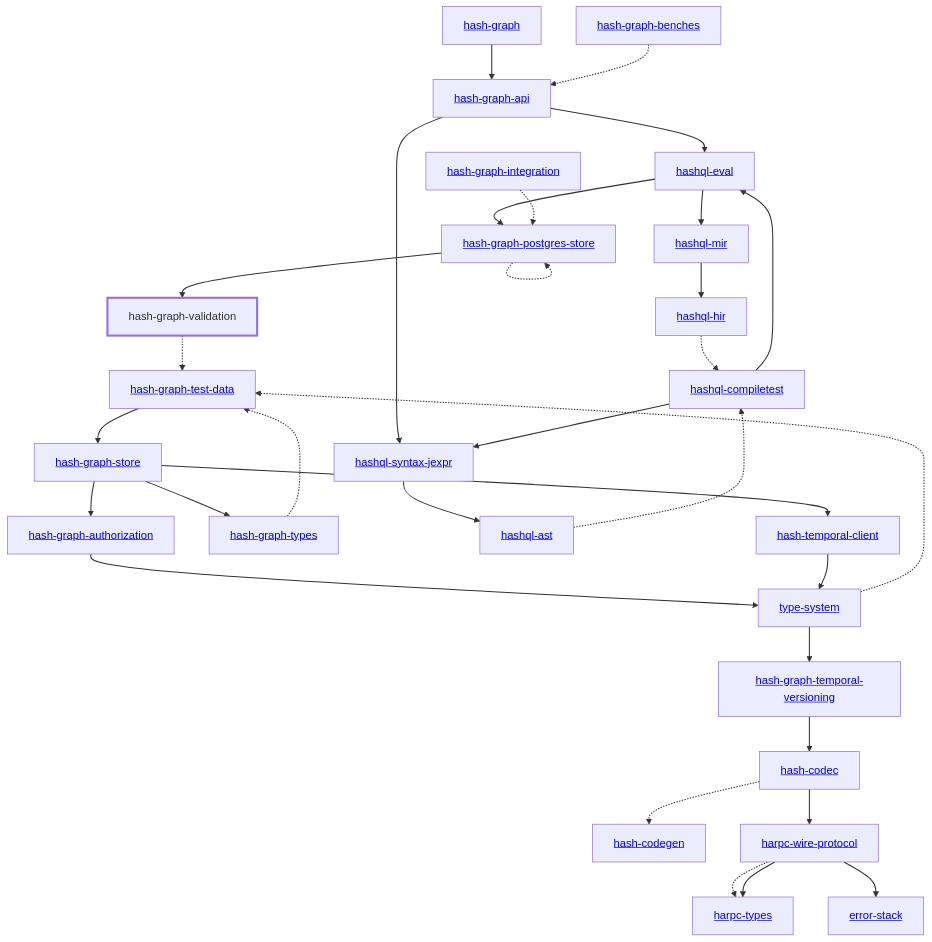
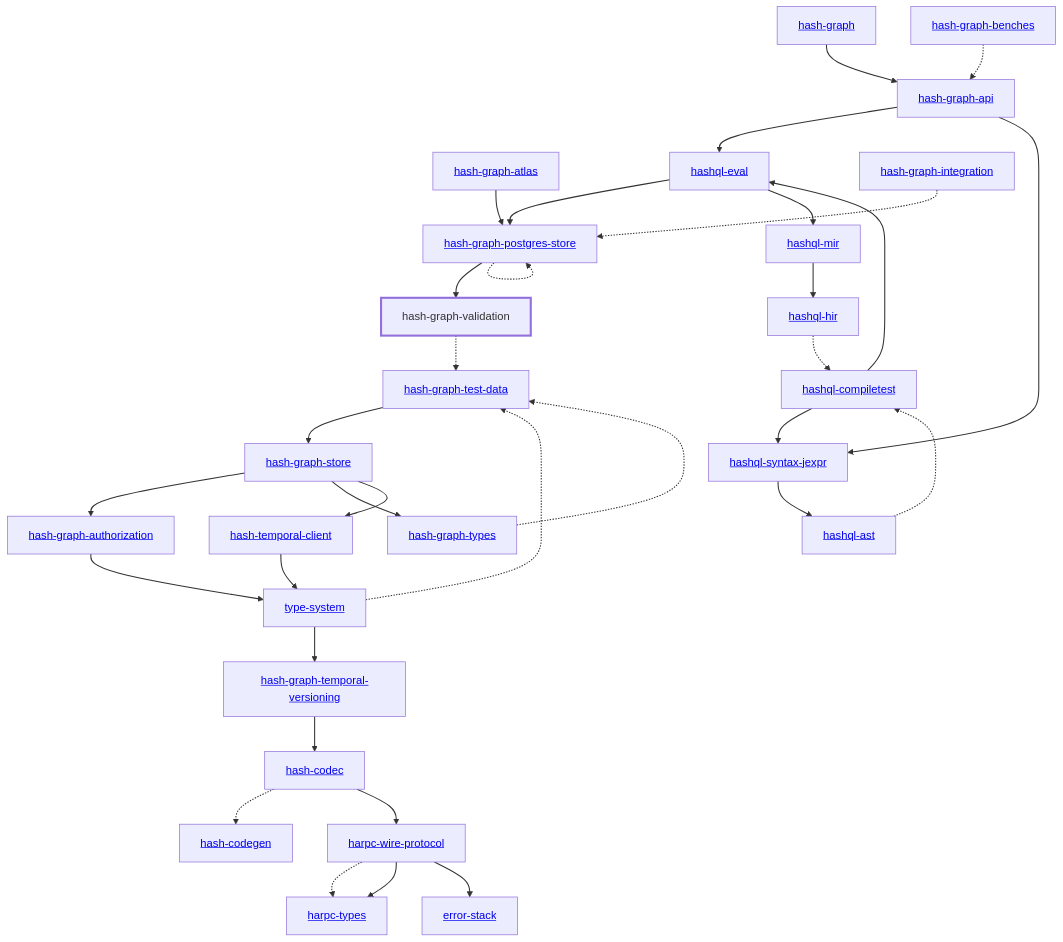
One commit to hashintel/hash changed the diagram in libs/@local/graph/validation/docs/dependency-diagram.mmd. Above: the diagram before and after it, drawn with Mermaid. The commit also changed 640 other files, not shown here.

Commit message:
feat: the hash-graph-atlas crate

```diff
--- a/libs/@local/graph/validation/docs/dependency-diagram.mmd
+++ b/libs/@local/graph/validation/docs/dependency-diagram.mmd
@@ -1,66 +1,68 @@
 graph TD
     linkStyle default stroke-width:1.5px
     classDef default stroke-width:1px
     classDef root stroke-width:3px
     classDef dev stroke-width:1px
     classDef build stroke-width:1px
     %% Legend
     %% --> : Normal dependency
     %% -.-> : Dev dependency
     %% ---> : Build dependency
     0[<a href="../hash_graph/index.html">hash-graph</a>]
     1[<a href="../type_system/index.html">type-system</a>]
     2[<a href="../hash_codec/index.html">hash-codec</a>]
     3[<a href="../hash_codegen/index.html">hash-codegen</a>]
     4[<a href="../hash_graph_api/index.html">hash-graph-api</a>]
-    5[<a href="../hash_graph_authorization/index.html">hash-graph-authorization</a>]
-    6[<a href="../hash_graph_postgres_store/index.html">hash-graph-postgres-store</a>]
-    7[<a href="../hash_graph_store/index.html">hash-graph-store</a>]
-    8[<a href="../hash_graph_temporal_versioning/index.html">hash-graph-temporal-versioning</a>]
-    9[<a href="../hash_graph_types/index.html">hash-graph-types</a>]
-    10[hash-graph-validation]
-    class 10 root
-    11[<a href="../harpc_types/index.html">harpc-types</a>]
-    12[<a href="../harpc_wire_protocol/index.html">harpc-wire-protocol</a>]
-    13[<a href="../hashql_ast/index.html">hashql-ast</a>]
-    14[<a href="../hashql_compiletest/index.html">hashql-compiletest</a>]
-    15[<a href="../hashql_eval/index.html">hashql-eval</a>]
-    16[<a href="../hashql_hir/index.html">hashql-hir</a>]
-    17[<a href="../hashql_mir/index.html">hashql-mir</a>]
-    18[<a href="../hashql_syntax_jexpr/index.html">hashql-syntax-jexpr</a>]
-    19[<a href="../hash_temporal_client/index.html">hash-temporal-client</a>]
-    20[<a href="../error_stack/index.html">error-stack</a>]
-    21[<a href="../hash_graph_benches/index.html">hash-graph-benches</a>]
-    22[<a href="../hash_graph_integration/index.html">hash-graph-integration</a>]
-    23[<a href="../hash_graph_test_data/index.html">hash-graph-test-data</a>]
+    5[<a href="../hash_graph_atlas/index.html">hash-graph-atlas</a>]
+    6[<a href="../hash_graph_authorization/index.html">hash-graph-authorization</a>]
+    7[<a href="../hash_graph_postgres_store/index.html">hash-graph-postgres-store</a>]
+    8[<a href="../hash_graph_store/index.html">hash-graph-store</a>]
+    9[<a href="../hash_graph_temporal_versioning/index.html">hash-graph-temporal-versioning</a>]
+    10[<a href="../hash_graph_types/index.html">hash-graph-types</a>]
+    11[hash-graph-validation]
+    class 11 root
+    12[<a href="../harpc_types/index.html">harpc-types</a>]
+    13[<a href="../harpc_wire_protocol/index.html">harpc-wire-protocol</a>]
+    14[<a href="../hashql_ast/index.html">hashql-ast</a>]
+    15[<a href="../hashql_compiletest/index.html">hashql-compiletest</a>]
+    16[<a href="../hashql_eval/index.html">hashql-eval</a>]
+    17[<a href="../hashql_hir/index.html">hashql-hir</a>]
+    18[<a href="../hashql_mir/index.html">hashql-mir</a>]
+    19[<a href="../hashql_syntax_jexpr/index.html">hashql-syntax-jexpr</a>]
+    20[<a href="../hash_temporal_client/index.html">hash-temporal-client</a>]
+    21[<a href="../error_stack/index.html">error-stack</a>]
+    22[<a href="../hash_graph_benches/index.html">hash-graph-benches</a>]
+    23[<a href="../hash_graph_integration/index.html">hash-graph-integration</a>]
+    24[<a href="../hash_graph_test_data/index.html">hash-graph-test-data</a>]
     0 --> 4
-    1 --> 8
-    1 -.-> 23
+    1 --> 9
+    1 -.-> 24
     2 -.-> 3
-    2 --> 12
-    4 --> 15
-    4 --> 18
-    5 --> 1
-    6 -.-> 6
-    6 --> 10
-    7 --> 5
-    7 --> 9
-    7 --> 19
-    8 --> 2
-    9 -.-> 23
-    10 -.-> 23
-    12 -.-> 11
-    12 --> 11
-    12 --> 20
-    13 -.-> 14
-    14 --> 15
-    14 --> 18
-    15 --> 6
-    15 --> 17
-    16 -.-> 14
-    17 --> 16
-    18 --> 13
-    19 --> 1
-    21 -.-> 4
-    22 -.-> 6
-    23 --> 7
+    2 --> 13
+    4 --> 16
+    4 --> 19
+    5 --> 7
+    6 --> 1
+    7 -.-> 7
+    7 --> 11
+    8 --> 6
+    8 --> 10
+    8 --> 20
+    9 --> 2
+    10 -.-> 24
+    11 -.-> 24
+    13 -.-> 12
+    13 --> 12
+    13 --> 21
+    14 -.-> 15
+    15 --> 16
+    15 --> 19
+    16 --> 7
+    16 --> 18
+    17 -.-> 15
+    18 --> 17
+    19 --> 14
+    20 --> 1
+    22 -.-> 4
+    23 -.-> 7
+    24 --> 8
```
